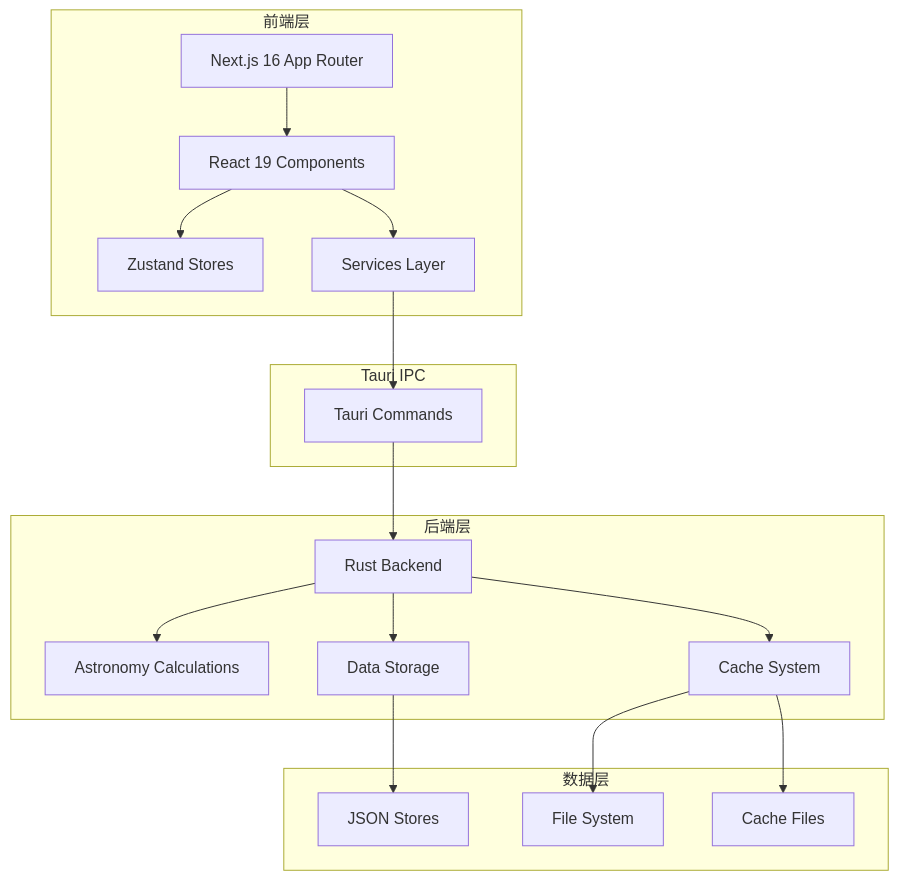
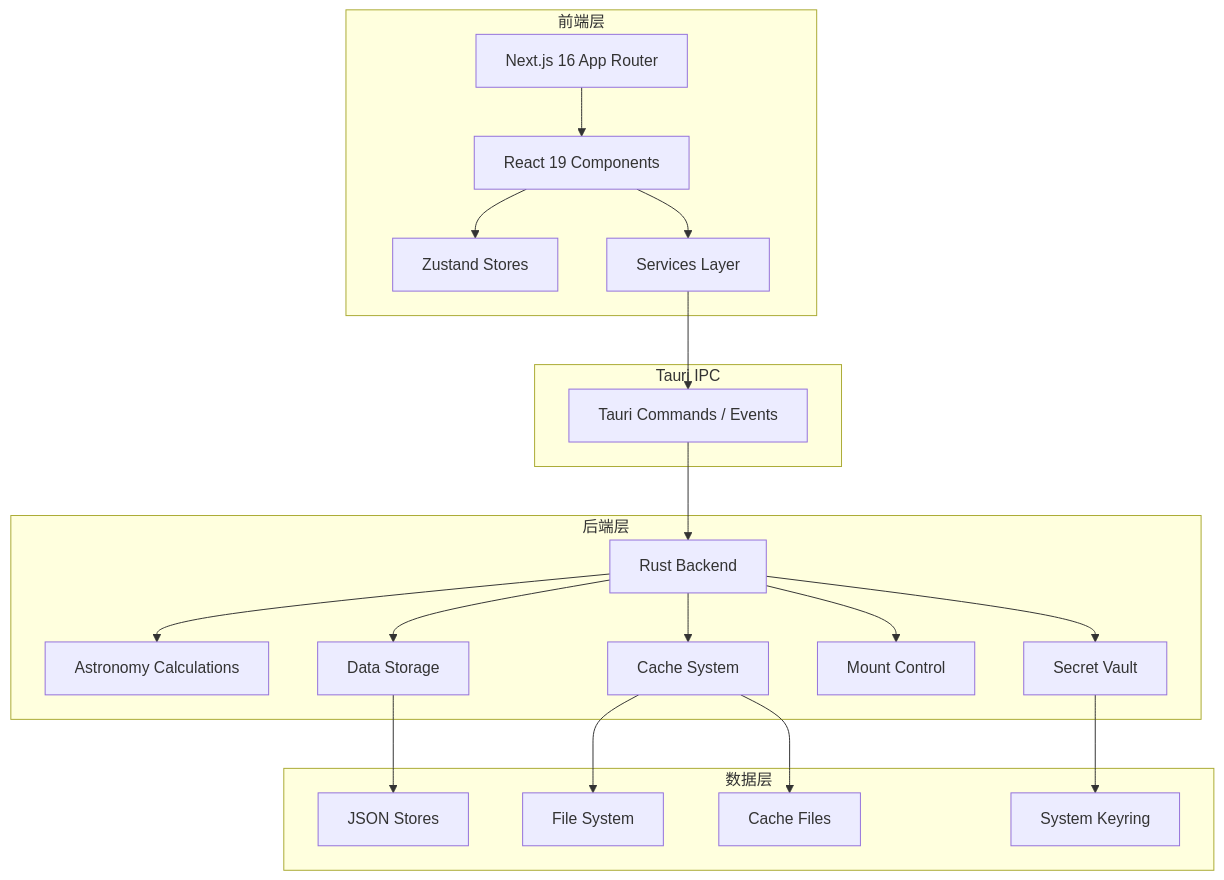
Before and after one commit to MaxQian888/cobalt-skymap: the first of 2 diagrams in docs/developer-guide/index.md, drawn with Mermaid. The commit also changed other lines of this file and 253 other files, not shown here.

````diff
--- a/docs/developer-guide/index.md
+++ b/docs/developer-guide/index.md
@@ -182,38 +193,44 @@
 ```mermaid
 graph TB
     subgraph 前端层
         A[Next.js 16 App Router]
         B[React 19 Components]
         C[Zustand Stores]
         D[Services Layer]
     end
 
     subgraph Tauri IPC
-        E[Tauri Commands]
+        E[Tauri Commands / Events]
     end
 
     subgraph 后端层
         F[Rust Backend]
         G[Astronomy Calculations]
         H[Data Storage]
         I[Cache System]
+        J[Mount Control]
+        K[Secret Vault]
     end
 
     subgraph 数据层
-        J[JSON Stores]
-        K[File System]
-        L[Cache Files]
+        L[JSON Stores]
+        M[File System]
+        N[Cache Files]
+        O[System Keyring]
     end
 
     A --> B
     B --> C
     B --> D
     D --> E
     E --> F
     F --> G
     F --> H
     F --> I
-    H --> J
-    I --> K
-    I --> L
+    F --> J
+    F --> K
+    H --> L
+    I --> M
+    I --> N
+    K --> O
 ```
````
